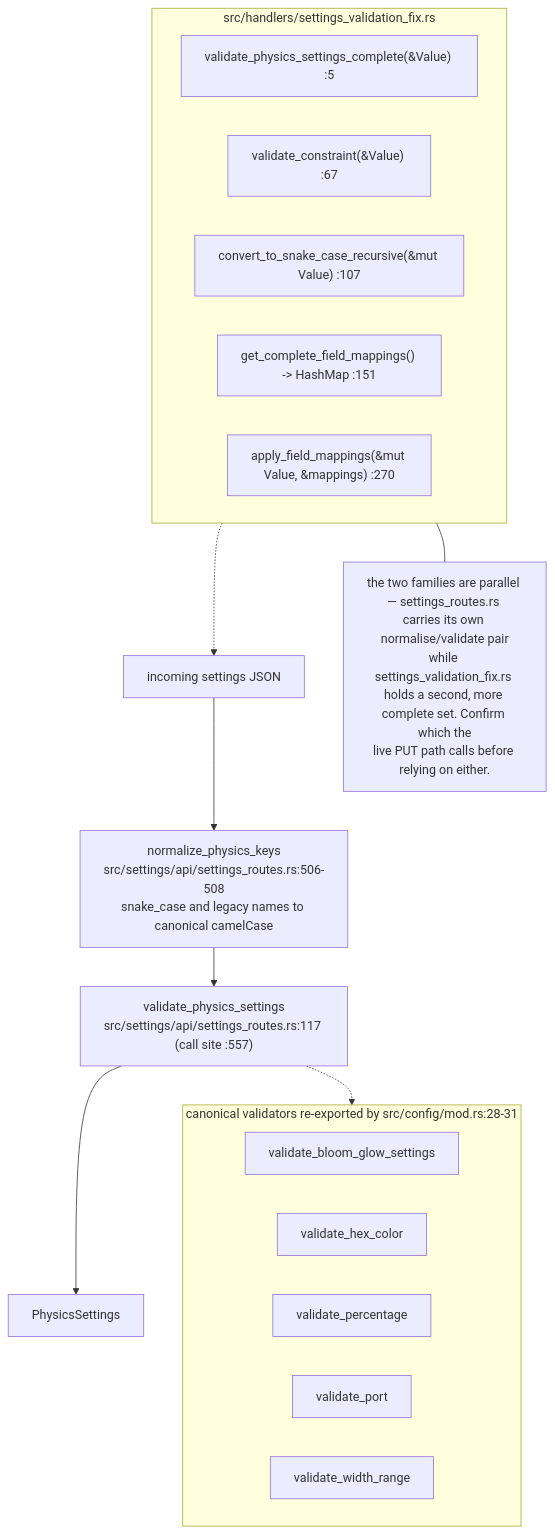
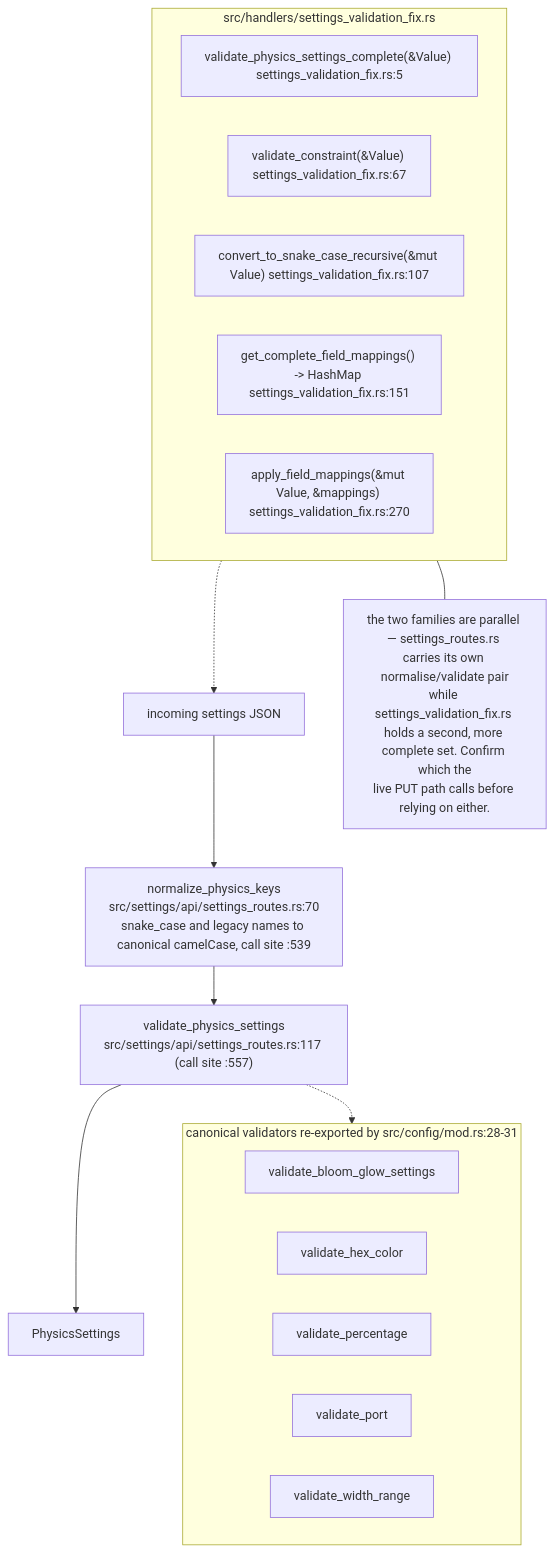
One commit to DreamLab-AI/VisionFlow changed the eighth of 10 diagrams in docs/diagrams/visionclaw/06-settings-round-trip.md. Above: the diagram before and after it, drawn with Mermaid. The commit also changed other lines of this file and 52 other files, not shown here.

First line of the commit message:
docs(diagrams): wave 3 checkpoint — bare line refs resolved, revision-pinned cite-check, VC-05/AB-01..13 re-attested

````diff
--- a/docs/diagrams/visionclaw/06-settings-round-trip.md
+++ b/docs/diagrams/visionclaw/06-settings-round-trip.md
@@ -283,25 +285,25 @@
 ```mermaid
 flowchart TB
     IN["incoming settings JSON"]
-    IN --> N1["normalize_physics_keys<br/>src/settings/api/settings_routes.rs:506-508<br/>snake_case and legacy names to canonical camelCase"]
+    IN --> N1["normalize_physics_keys<br/>src/settings/api/settings_routes.rs:70<br/>snake_case and legacy names to canonical camelCase, call site :539"]
     N1 --> V1["validate_physics_settings<br/>src/settings/api/settings_routes.rs:117 (call site :557)"]
     V1 --> OUT["PhysicsSettings"]
     subgraph FIX["src/handlers/settings_validation_fix.rs"]
-        F1["validate_physics_settings_complete(&Value) :5"]
-        F2["validate_constraint(&Value) :67"]
-        F3["convert_to_snake_case_recursive(&mut Value) :107"]
-        F4["get_complete_field_mappings() -> HashMap :151"]
-        F5["apply_field_mappings(&mut Value, &mappings) :270"]
+        F1["validate_physics_settings_complete(&Value) settings_validation_fix.rs:5"]
+        F2["validate_constraint(&Value) settings_validation_fix.rs:67"]
+        F3["convert_to_snake_case_recursive(&mut Value) settings_validation_fix.rs:107"]
+        F4["get_complete_field_mappings() -> HashMap settings_validation_fix.rs:151"]
+        F5["apply_field_mappings(&mut Value, &mappings) settings_validation_fix.rs:270"]
     end
     subgraph DOM["canonical validators re-exported by src/config/mod.rs:28-31"]
         D1["validate_bloom_glow_settings"]
         D2["validate_hex_color"]
         D3["validate_percentage"]
         D4["validate_port"]
         D5["validate_width_range"]
     end
     V1 -.-> DOM
     FIX -.-> IN
     NOTE["the two families are parallel — settings_routes.rs carries its own normalise/validate pair<br/>while settings_validation_fix.rs holds a second, more complete set. Confirm which the<br/>live PUT path calls before relying on either."]
     FIX --- NOTE
 ```
````
